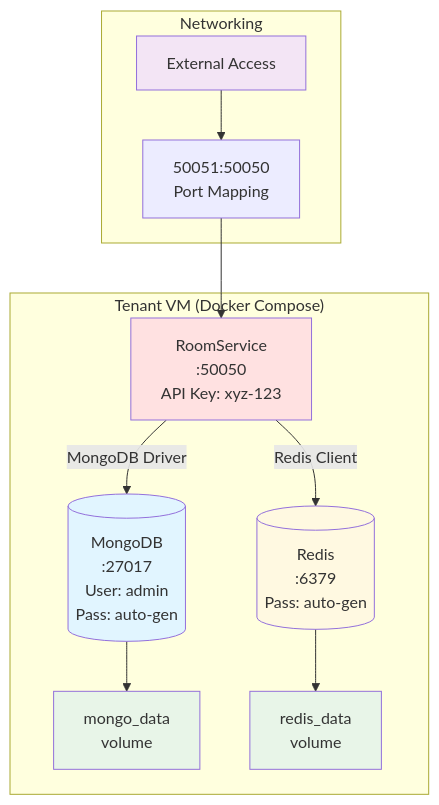
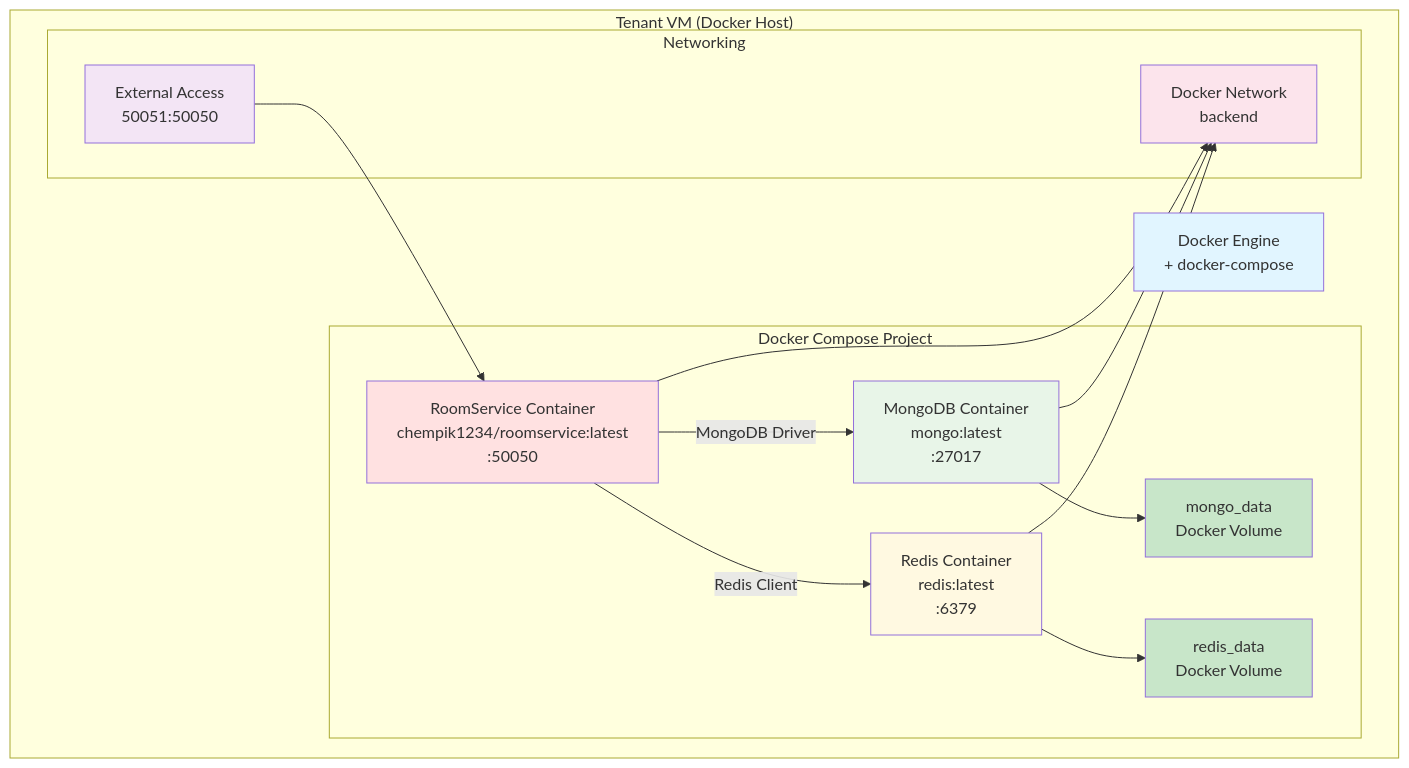
One commit to chempik1234/room-service-proxy changed the sixth of 13 diagrams in docs/architecture.md. Above: the diagram before and after it, drawn with Mermaid. The commit also changed other lines of this file and 1 other file, not shown here.

````diff
--- a/docs/architecture.md
+++ b/docs/architecture.md
@@ -200,32 +202,40 @@
 ```mermaid
 graph TB
-    subgraph "Tenant VM (Docker Compose)"
-        RoomService[RoomService<br/>:50050<br/>API Key: xyz-123]
-        MongoDB[(MongoDB<br/>:27017<br/>User: admin<br/>Pass: auto-gen)]
-        Redis[(Redis<br/>:6379<br/>Pass: auto-gen)]
+    subgraph "Tenant VM (Docker Host)"
+        Docker[Docker Engine<br/>+ docker-compose]
         
-        RoomService -->|MongoDB Driver| MongoDB
-        RoomService -->|Redis Client| Redis
+        subgraph "Docker Compose Project"
+            RoomService[RoomService Container<br/>chempik1234/roomservice:latest<br/>:50050]
+            MongoDB[MongoDB Container<br/>mongo:latest<br/>:27017]
+            Redis[Redis Container<br/>redis:latest<br/>:6379]
+            
+            RoomService -->|MongoDB Driver| MongoDB
+            RoomService -->|Redis Client| Redis
+            
+            MongoVol[mongo_data<br/>Docker Volume]
+            RedisVol[redis_data<br/>Docker Volume]
+            
+            MongoDB --> MongoVol
+            Redis --> RedisVol
+        end
         
-        MongoDBVolume[mongo_data<br/>volume]
-        RedisVolume[redis_data<br/>volume]
-        
-        MongoDB --> MongoDBVolume
-        Redis --> RedisVolume
+        subgraph "Networking"
+            External[External Access<br/>50051:50050]
+            Network[Docker Network<br/>backend]
+            
+            External --> RoomService
+            RoomService --> Network
+            MongoDB --> Network
+            Redis --> Network
+        end
     end
     
-    subgraph "Networking"
-        External[External Access]
-        PortMap[50051:50050<br/>Port Mapping]
-        
-        External --> PortMap
-        PortMap --> RoomService
-    end
-    
+    style Docker fill:#e1f5ff
     style RoomService fill:#ffe1e1
-    style MongoDB fill:#e1f5ff
+    style MongoDB fill:#e8f5e8
     style Redis fill:#fff9e1
-    style MongoDBVolume fill:#e8f5e8
-    style RedisVolume fill:#e8f5e8
+    style MongoVol fill:#c8e6c9
+    style RedisVol fill:#c8e6c9
     style External fill:#f3e5f5
+    style Network fill:#fce4ec
 ```
````
